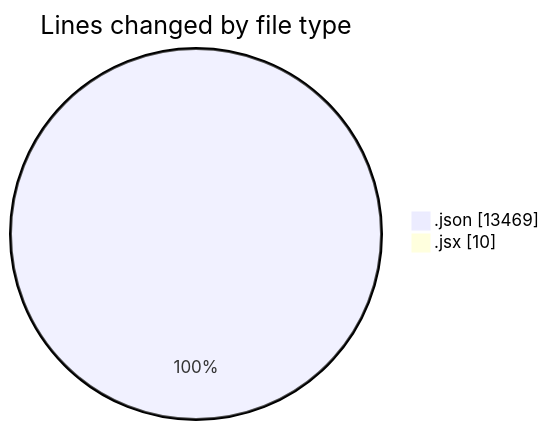
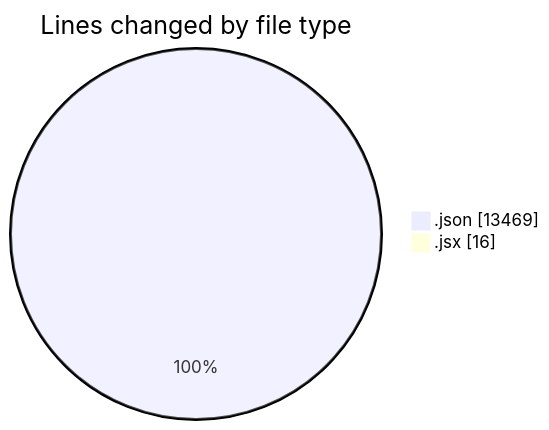
The first of 2 diagrams in 2025-10-30/nxtqube_webapp/README.md (nxtqubesakshisongat/code-tracking), drawn with Mermaid before and after one commit. The commit also changed other lines of this file and 1 other file, not shown here.

````diff
--- a/2025-10-30/nxtqube_webapp/README.md
+++ b/2025-10-30/nxtqube_webapp/README.md
@@ -21,6 +21,6 @@
 ```mermaid
 pie showData
 title Lines changed by file type
 ".json" : 13469
-".jsx" : 10
+".jsx" : 16
 ```
````
